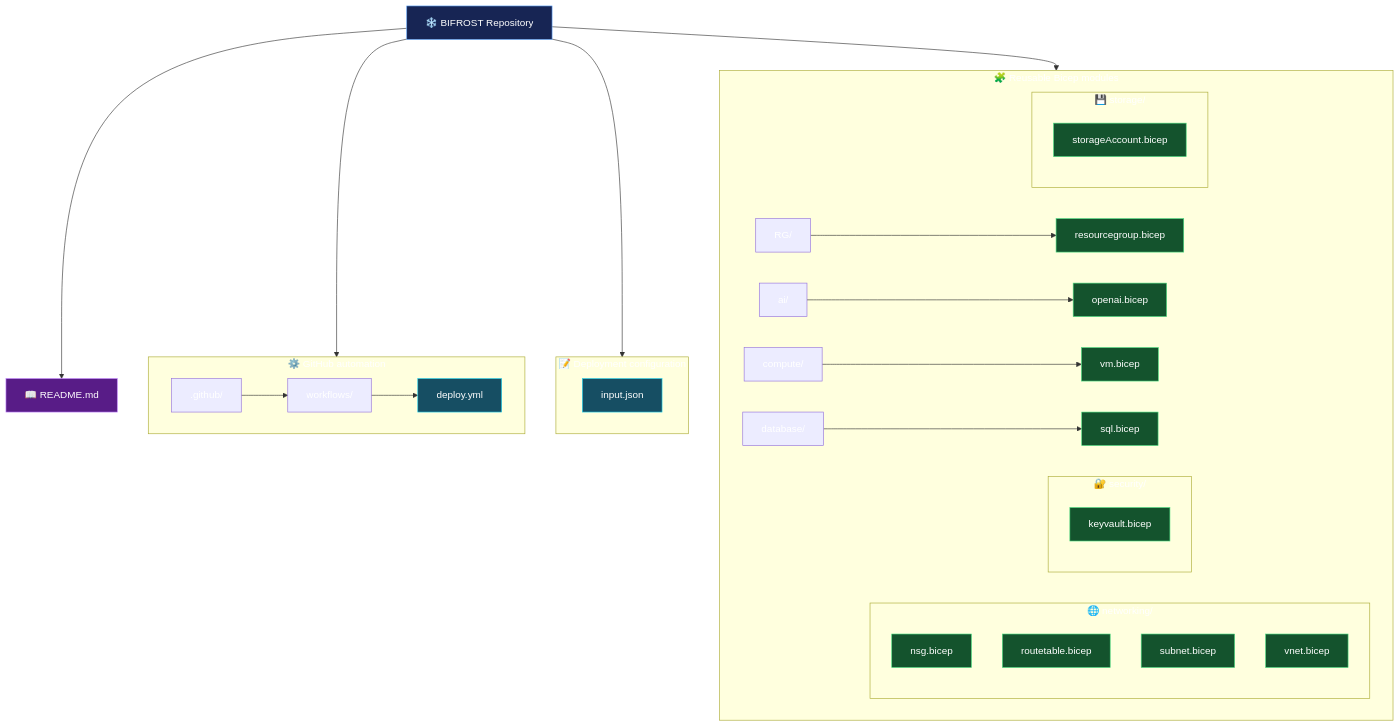
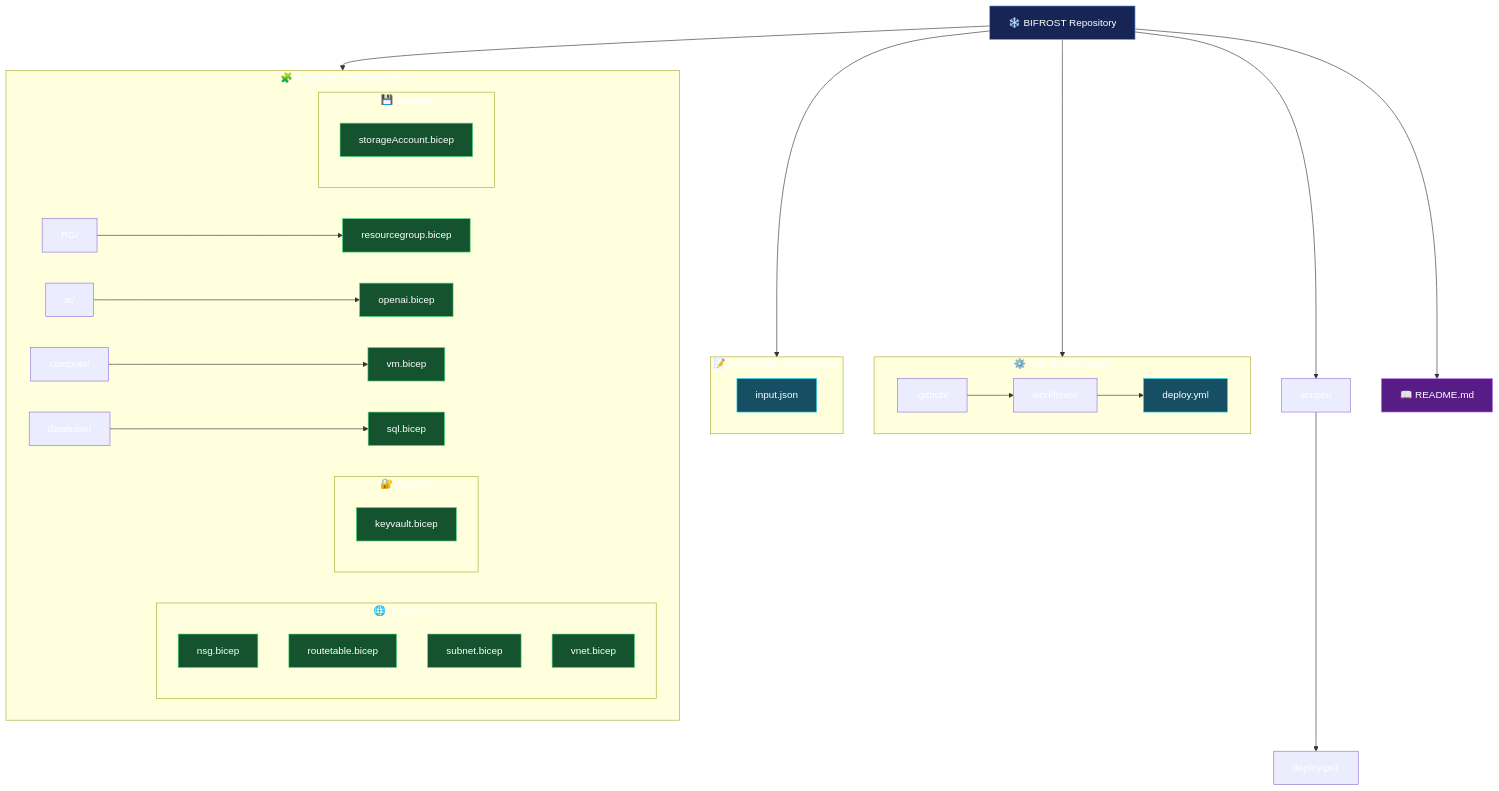
Before and after one commit to PROMETHEUS-N/BIFROST: the first of 3 diagrams in README.md, drawn with Mermaid. The commit also changed other lines of this file, not shown here.

````diff
--- a/README.md
+++ b/README.md
@@ -22,62 +22,67 @@
 ```mermaid
 flowchart TD
     ROOT["❄️ BIFROST Repository"]
 
     subgraph GITHUB["⚙️ GitHub automation"]
         GH[".github/"]
         WF["workflows/"]
         DEPLOY["deploy.yml"]
         GH --> WF --> DEPLOY
     end
 
     subgraph CONFIG["📝 Deployment configuration"]
         INPUT["input.json"]
     end
 
     subgraph MODULES["🧩 Reusable Bicep modules"]
         RG["RG/"]
         RGFILE["resourcegroup.bicep"]
         AI["ai/"]
         AIFILE["openai.bicep"]
         COMPUTE["compute/"]
         VM["vm.bicep"]
         DB["database/"]
         SQL["sql.bicep"]
 
         subgraph NETWORK["🌐 networking/"]
             NSG["nsg.bicep"]
             RT["routetable.bicep"]
             SUBNET["subnet.bicep"]
             VNET["vnet.bicep"]
         end
 
         subgraph SECURITY["🔐 security/"]
             KV["keyvault.bicep"]
         end
 
         subgraph STORAGE["💾 storage/"]
             SA["storageAccount.bicep"]
         end
 
         RG --> RGFILE
         AI --> AIFILE
         COMPUTE --> VM
         DB --> SQL
     end
 
+    SCRIPTS["scripts/"]
+    REPORTSCRIPT["deploy.ps1"]
+    SCRIPTS --> REPORTSCRIPT
+
     README["📖 README.md"]
 
     ROOT --> GITHUB
     ROOT --> CONFIG
     ROOT --> MODULES
+    ROOT --> SCRIPTS
     ROOT --> README
 
     classDef root fill:#172554,color:#fff,stroke:#60a5fa
     classDef config fill:#164e63,color:#fff,stroke:#22d3ee
     classDef module fill:#14532d,color:#fff,stroke:#4ade80
     classDef docs fill:#581c87,color:#fff,stroke:#c084fc
     class ROOT root
     class INPUT,DEPLOY config
     class RGFILE,AIFILE,VM,SQL,NSG,RT,SUBNET,VNET,KV,SA module
     class README docs
 ```
````
